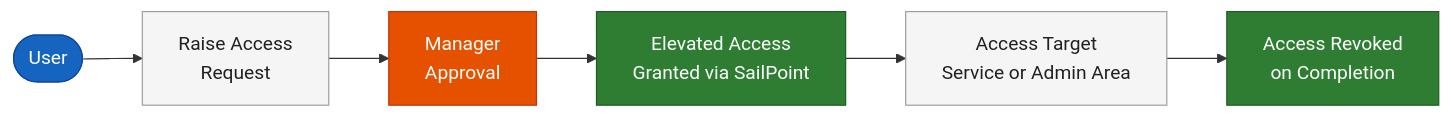
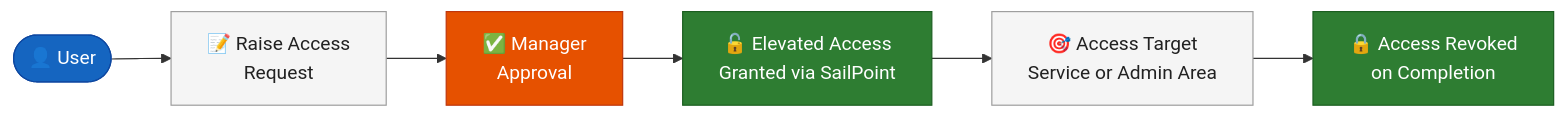
Before and after one commit to bhargavach/timeteam: the third of 6 diagrams in BTP-Traffic-Flow-Diagrams.md, drawn with Mermaid. The commit also changed other lines of this file, not shown here.

````diff
--- a/BTP-Traffic-Flow-Diagrams.md
+++ b/BTP-Traffic-Flow-Diagrams.md
@@ -69,21 +70,21 @@
 ```mermaid
 flowchart LR
     classDef user    fill:#1565C0,color:#fff,stroke:#0D47A1
     classDef process fill:#F5F5F5,color:#212121,stroke:#9E9E9E
     classDef approve fill:#E65100,color:#fff,stroke:#BF360C
     classDef done    fill:#2E7D32,color:#fff,stroke:#1B5E20
 
-    USER(["User"])
-    REQ["Raise Access\nRequest"]
-    APPR["Manager\nApproval"]
-    GRANT["Elevated Access\nGranted via SailPoint"]
-    TARGET["Access Target\nService or Admin Area"]
-    REVOKE["Access Revoked\non Completion"]
+    USER(["👤 User"])
+    REQ["📝 Raise Access\nRequest"]
+    APPR["✅ Manager\nApproval"]
+    GRANT["🔓 Elevated Access\nGranted via SailPoint"]
+    TARGET["🎯 Access Target\nService or Admin Area"]
+    REVOKE["🔒 Access Revoked\non Completion"]
 
     USER --> REQ --> APPR --> GRANT --> TARGET --> REVOKE
 
     class USER user
     class REQ,TARGET process
     class APPR approve
     class GRANT,REVOKE done
 ```
````
